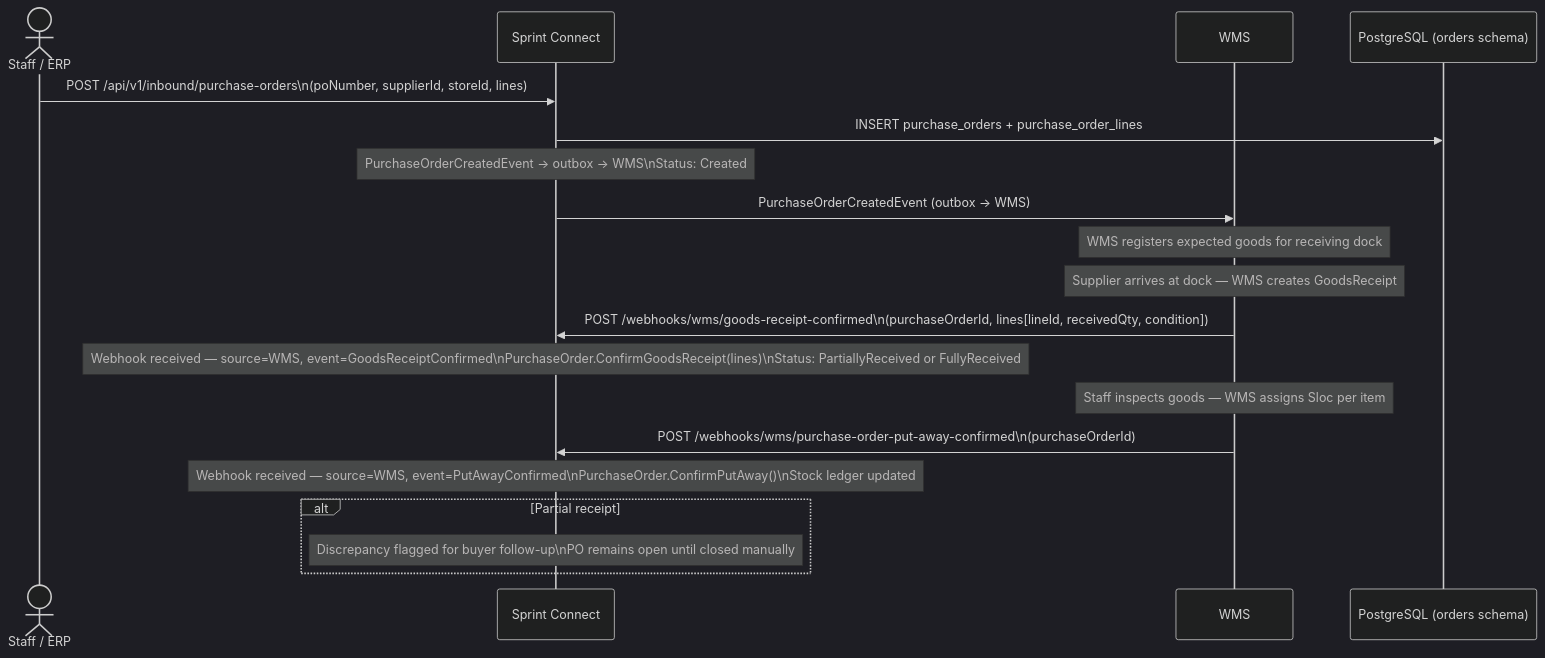
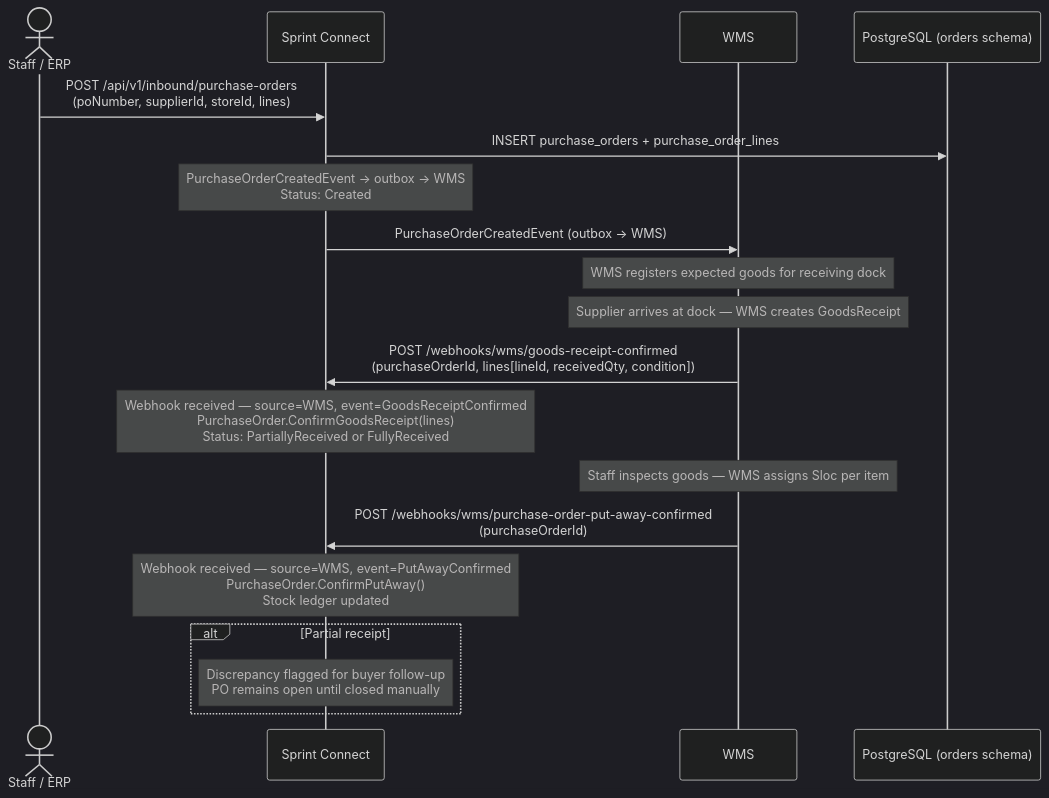
One commit to rosered11/personal-claude changed diagram 21 of 24 in result/oms-sequence-diagrams.md. Above: the diagram before and after it, drawn with Mermaid (dark theme). The commit also changed other lines of this file and 7 other files, not shown here.

````diff
--- a/result/oms-sequence-diagrams.md
+++ b/result/oms-sequence-diagrams.md
@@ -741,26 +741,26 @@
 ```mermaid
 sequenceDiagram
     actor Staff as Staff / ERP
     participant SC as Sprint Connect
     participant WMS as WMS
     participant DB as PostgreSQL (orders schema)
 
-    Staff->>SC: POST /api/v1/inbound/purchase-orders\n(poNumber, supplierId, storeId, lines)
+    Staff->>SC: POST /api/v1/inbound/purchase-orders<br>(poNumber, supplierId, storeId, lines)
     SC->>DB: INSERT purchase_orders + purchase_order_lines
-    Note over SC: PurchaseOrderCreatedEvent → outbox → WMS\nStatus: Created
+    Note over SC: PurchaseOrderCreatedEvent → outbox → WMS<br>Status: Created
 
     SC->>WMS: PurchaseOrderCreatedEvent (outbox → WMS)
     Note over WMS: WMS registers expected goods for receiving dock
 
     Note over WMS: Supplier arrives at dock — WMS creates GoodsReceipt
-    WMS->>SC: POST /webhooks/wms/goods-receipt-confirmed\n(purchaseOrderId, lines[lineId, receivedQty, condition])
-    Note over SC: Webhook received — source=WMS, event=GoodsReceiptConfirmed\nPurchaseOrder.ConfirmGoodsReceipt(lines)\nStatus: PartiallyReceived or FullyReceived
+    WMS->>SC: POST /webhooks/wms/goods-receipt-confirmed<br>(purchaseOrderId, lines[lineId, receivedQty, condition])
+    Note over SC: Webhook received — source=WMS, event=GoodsReceiptConfirmed<br>PurchaseOrder.ConfirmGoodsReceipt(lines)<br>Status: PartiallyReceived or FullyReceived
 
     Note over WMS: Staff inspects goods — WMS assigns Sloc per item
-    WMS->>SC: POST /webhooks/wms/purchase-order-put-away-confirmed\n(purchaseOrderId)
-    Note over SC: Webhook received — source=WMS, event=PutAwayConfirmed\nPurchaseOrder.ConfirmPutAway()\nStock ledger updated
+    WMS->>SC: POST /webhooks/wms/purchase-order-put-away-confirmed<br>(purchaseOrderId)
+    Note over SC: Webhook received — source=WMS, event=PutAwayConfirmed<br>PurchaseOrder.ConfirmPutAway()<br>Stock ledger updated
 
     alt Partial receipt
-        Note over SC: Discrepancy flagged for buyer follow-up\nPO remains open until closed manually
+        Note over SC: Discrepancy flagged for buyer follow-up<br>PO remains open until closed manually
     end
 ```
````
